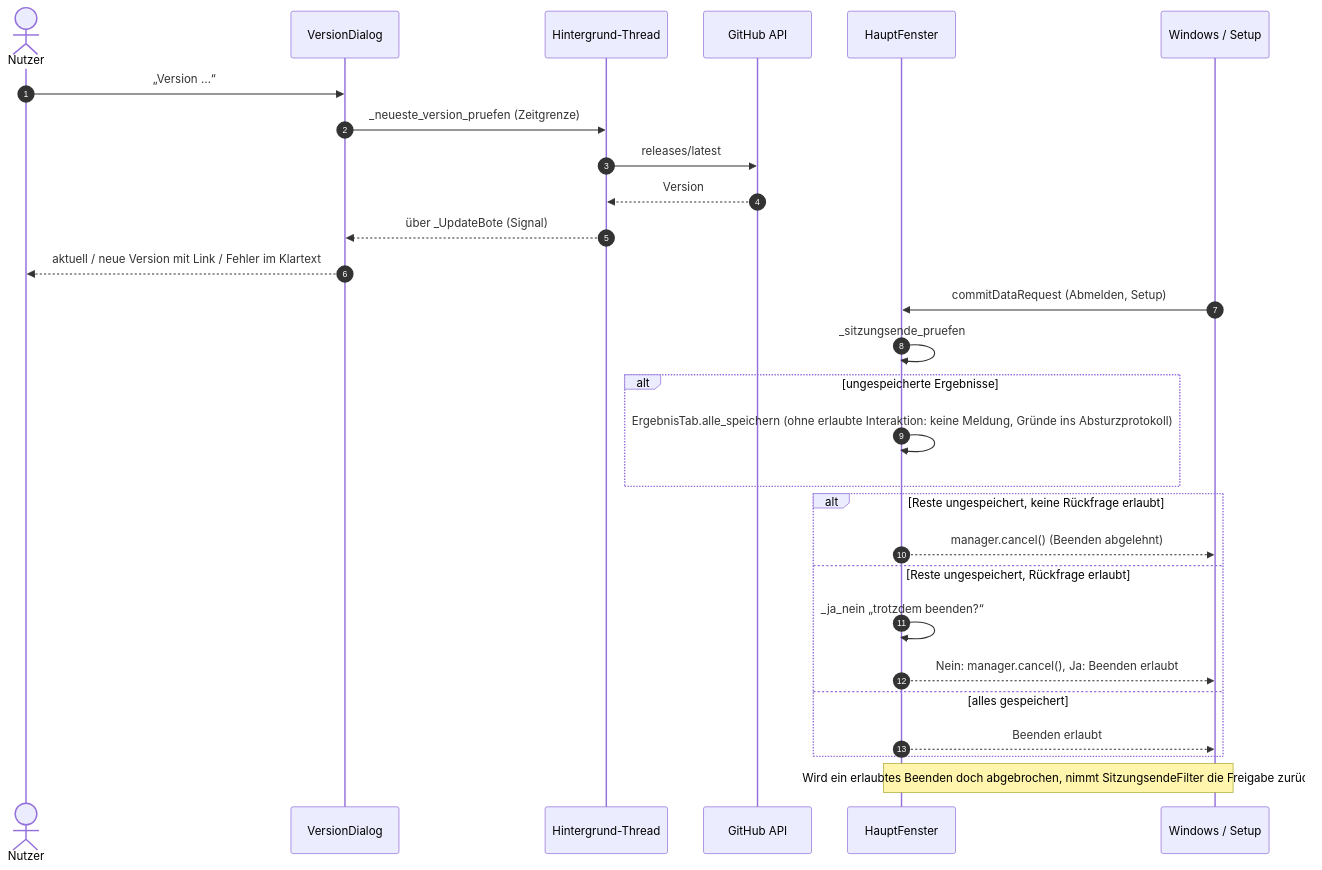
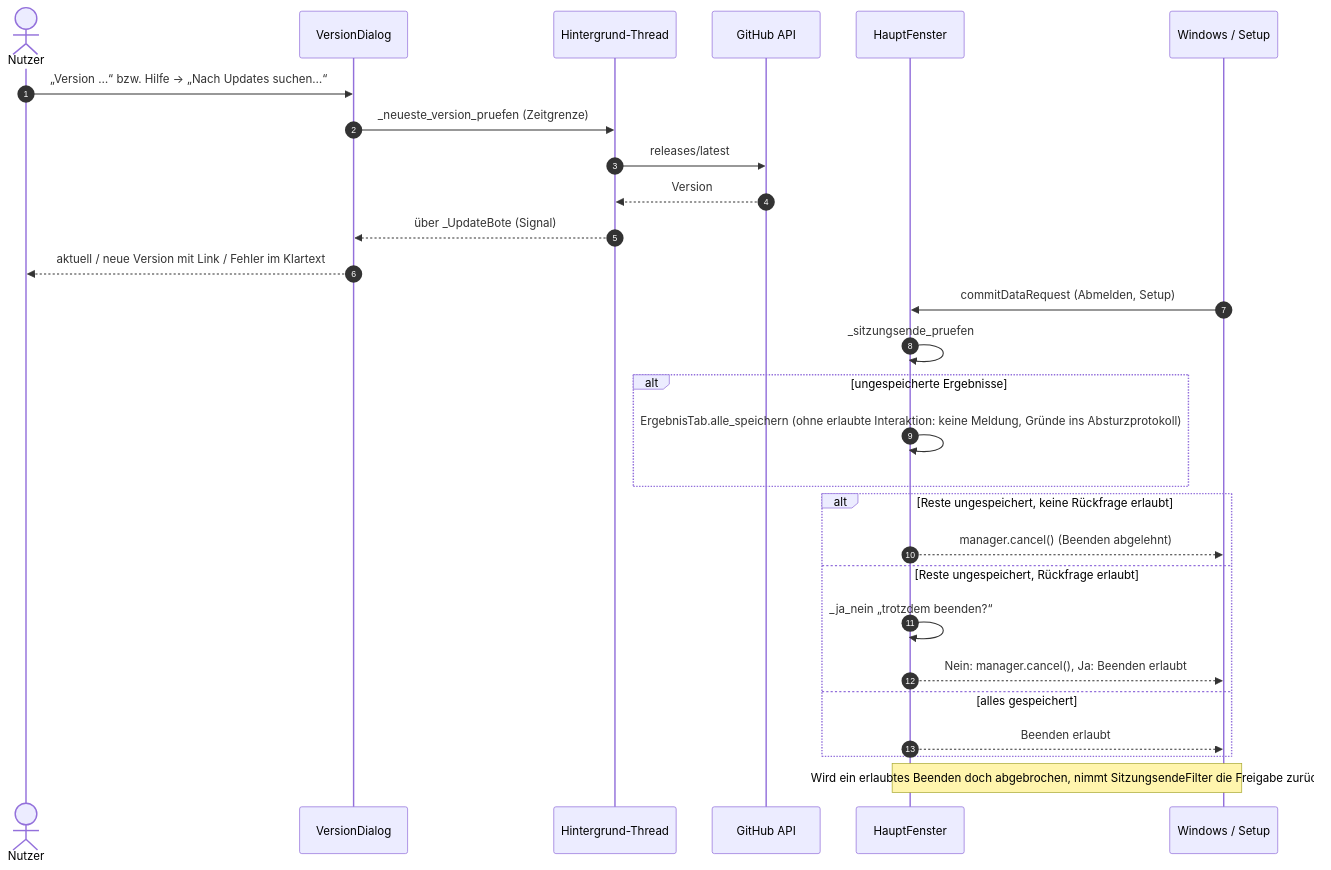
Diagram 12 of 13 in UML.md (mbruver-source/SHS), drawn with Mermaid before and after one commit. The commit also changed 9 other files, not shown here.

````diff
--- a/UML.md
+++ b/UML.md
@@ -605,32 +605,32 @@
 ```mermaid
 sequenceDiagram
     autonumber
     actor N as Nutzer
     participant V as VersionDialog
     participant T as Hintergrund-Thread
     participant GH as GitHub API
     participant H as HauptFenster
     participant OS as Windows / Setup
 
-    N->>V: „Version …“
+    N->>V: „Version …“ bzw. Hilfe → „Nach Updates suchen…“
     V->>T: _neueste_version_pruefen (Zeitgrenze)
     T->>GH: releases/latest
     GH-->>T: Version
     T-->>V: über _UpdateBote (Signal)
     V-->>N: aktuell / neue Version mit Link / Fehler im Klartext
 
     OS->>H: commitDataRequest (Abmelden, Setup)
     H->>H: _sitzungsende_pruefen
     alt ungespeicherte Ergebnisse
         H->>H: ErgebnisTab.alle_speichern (ohne erlaubte Interaktion: keine Meldung, Gründe ins Absturzprotokoll)
     end
     alt Reste ungespeichert, keine Rückfrage erlaubt
         H-->>OS: manager.cancel() (Beenden abgelehnt)
     else Reste ungespeichert, Rückfrage erlaubt
         H->>H: _ja_nein „trotzdem beenden?“
         H-->>OS: Nein: manager.cancel(), Ja: Beenden erlaubt
     else alles gespeichert
         H-->>OS: Beenden erlaubt
     end
     Note over H,OS: Wird ein erlaubtes Beenden doch abgebrochen, nimmt SitzungsendeFilter die Freigabe zurück
 ```
````
